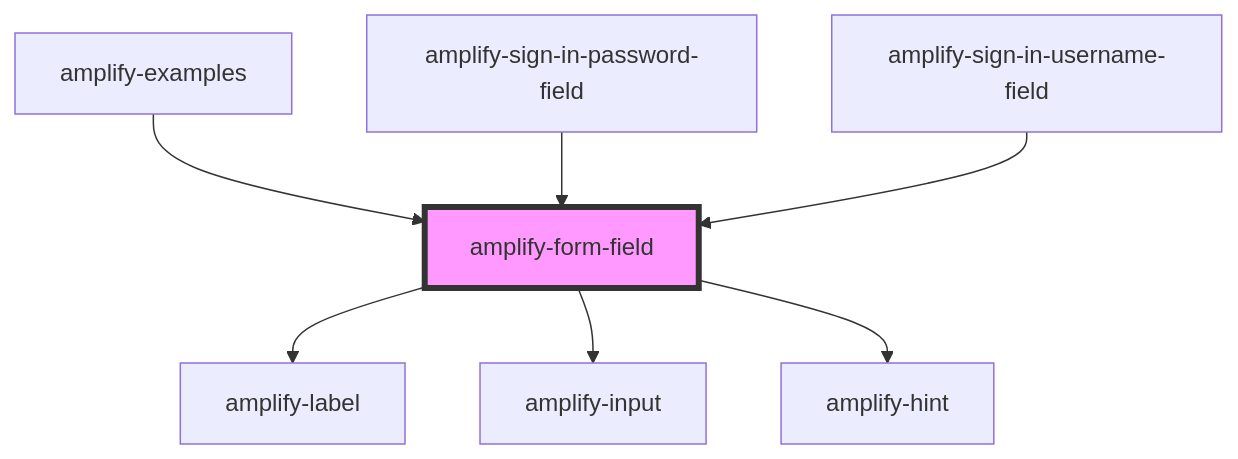
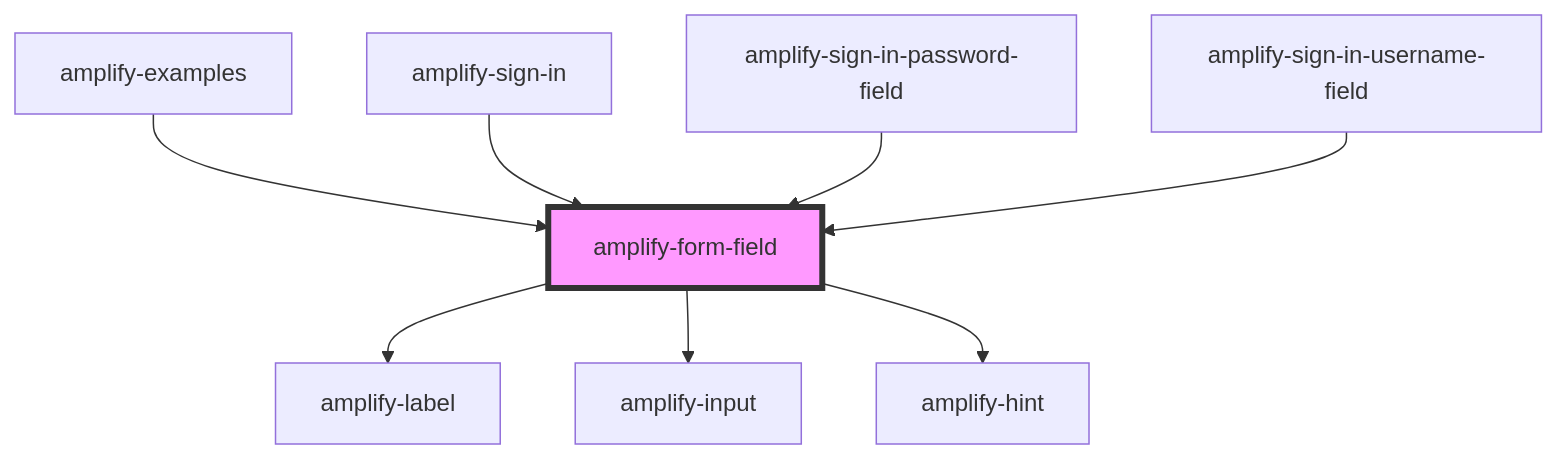
One commit to aws-amplify/amplify-js changed the diagram in packages/amplify-ui-components/src/components/amplify-form-field/readme.md. Above: the diagram before and after it, drawn with Mermaid. The commit also changed other lines of this file and 12 other files, not shown here.

````diff
--- a/packages/amplify-ui-components/src/components/amplify-form-field/readme.md
+++ b/packages/amplify-ui-components/src/components/amplify-form-field/readme.md
@@ -37,10 +38,11 @@
 ```mermaid
 graph TD;
   amplify-form-field --> amplify-label
   amplify-form-field --> amplify-input
   amplify-form-field --> amplify-hint
   amplify-examples --> amplify-form-field
+  amplify-sign-in --> amplify-form-field
   amplify-sign-in-password-field --> amplify-form-field
   amplify-sign-in-username-field --> amplify-form-field
   style amplify-form-field fill:#f9f,stroke:#333,stroke-width:4px
 ```
````
